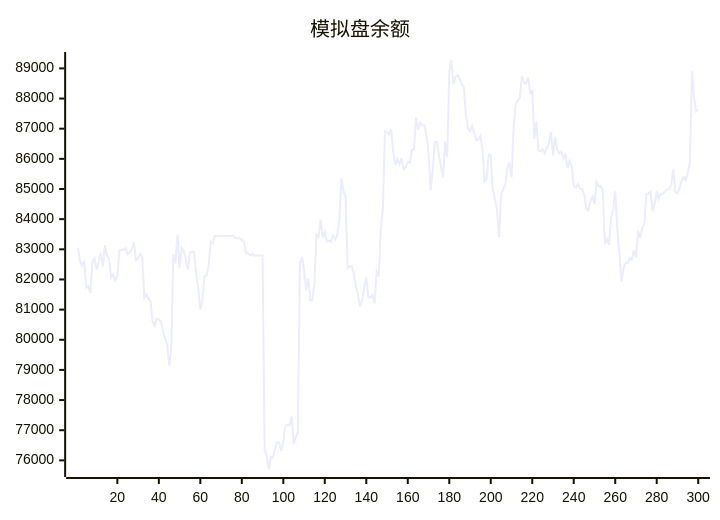
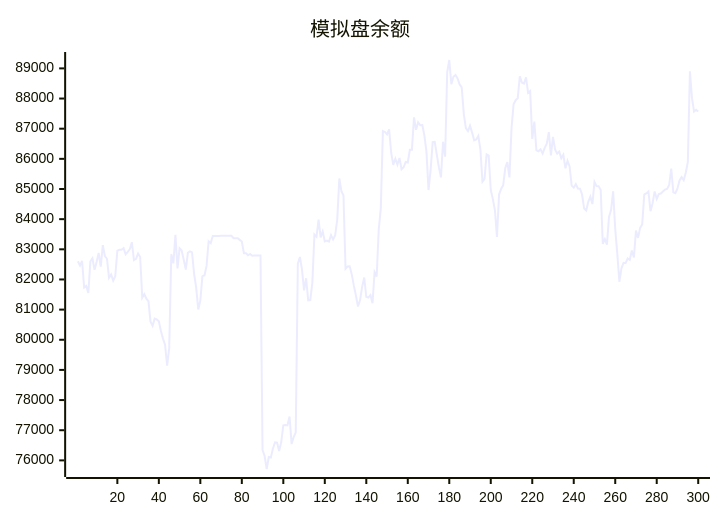
The diagram in README.md (aahl/ai-trading), drawn with Mermaid before and after one commit. The commit also changed other lines of this file and 1 other file, not shown here.

````diff
--- a/README.md
+++ b/README.md
@@ -5,5 +5,5 @@
 ```mermaid
 xychart
     title "模拟盘余额"
-    line [83056,82605,82459,82614,81734,81788,81551,82598,82702,82320,82580,82878,82426,83139,82778,82686,82056,82166,81963,82110,82951,82983,82984,83038,82838,82915,82998,83235,82642,82682,82858,82746,81396,81512,81362,81277,80600,80461,80699,80673,80616,80288,80038,79836,79142,79722,82837,82533,83480,82366,83032,82960,82654,82330,82883,82934,82901,82188,81728,81005,81298,82110,82135,82449,83264,83203,83440,83439,83440,83440,83446,83447,83448,83447,83448,83449,83369,83369,83369,83313,83256,82872,82873,82801,82844,82785,82791,82791,82793,82794,76339,76145,75714,76110,76096,76397,76594,76585,76310,76607,77160,77170,77160,77456,76541,76774,76927,82520,82744,82337,81639,82040,81307,81314,81887,83490,83414,83984,83396,83594,83261,83287,83253,83470,83327,83465,83987,85348,84930,84786,82355,82433,82438,82167,81795,81466,81105,81315,81756,82064,81426,81398,81481,81210,82242,82099,83658,84359,86925,86892,86814,86980,86203,85802,86003,85811,86028,85657,85721,85896,85880,86300,86299,87378,86965,87214,87115,87118,86780,86238,84966,85623,86555,86562,86129,85722,85387,86569,86070,88870,89278,88477,88720,88781,88668,88467,88372,87493,87018,86917,87102,86870,86613,86644,86758,86317,85242,85334,86149,86106,84968,84671,84302,83410,84816,85001,85127,85693,85891,85384,87001,87811,87945,88007,88734,88528,88495,88705,88189,88248,86662,87234,86279,86251,86314,86177,86364,86503,86886,86114,86731,86310,86176,86240,86017,86136,85685,85938,85749,85111,85044,85164,85016,85008,84824,84354,84287,84572,84745,84500,85234,85096,85095,84970,83180,83338,83157,84070,84309,84922,83667,82850,81924,82369,82552,82539,82695,82648,82962,82728,83619,83378,83710,83825,84819,84854,84917,84265,84527,84919,84668,84834,84850,84916,84981,85004,85131,85674,84891,84864,85019,85284,85393,85294,85538,85894,88904,88012,87567,87625]
+    line [82605,82459,82614,81734,81788,81551,82598,82702,82320,82580,82878,82426,83139,82778,82686,82056,82166,81963,82110,82951,82983,82984,83038,82838,82915,82998,83235,82642,82682,82858,82746,81396,81512,81362,81277,80600,80461,80699,80673,80616,80288,80038,79836,79142,79722,82837,82533,83480,82366,83032,82960,82654,82330,82883,82934,82901,82188,81728,81005,81298,82110,82135,82449,83264,83203,83440,83439,83440,83440,83446,83447,83448,83447,83448,83449,83369,83369,83369,83313,83256,82872,82873,82801,82844,82785,82791,82791,82793,82794,76339,76145,75714,76110,76096,76397,76594,76585,76310,76607,77160,77170,77160,77456,76541,76774,76927,82520,82744,82337,81639,82040,81307,81314,81887,83490,83414,83984,83396,83594,83261,83287,83253,83470,83327,83465,83987,85348,84930,84786,82355,82433,82438,82167,81795,81466,81105,81315,81756,82064,81426,81398,81481,81210,82242,82099,83658,84359,86925,86892,86814,86980,86203,85802,86003,85811,86028,85657,85721,85896,85880,86300,86299,87378,86965,87214,87115,87118,86780,86238,84966,85623,86555,86562,86129,85722,85387,86569,86070,88870,89278,88477,88720,88781,88668,88467,88372,87493,87018,86917,87102,86870,86613,86644,86758,86317,85242,85334,86149,86106,84968,84671,84302,83410,84816,85001,85127,85693,85891,85384,87001,87811,87945,88007,88734,88528,88495,88705,88189,88248,86662,87234,86279,86251,86314,86177,86364,86503,86886,86114,86731,86310,86176,86240,86017,86136,85685,85938,85749,85111,85044,85164,85016,85008,84824,84354,84287,84572,84745,84500,85234,85096,85095,84970,83180,83338,83157,84070,84309,84922,83667,82850,81924,82369,82552,82539,82695,82648,82962,82728,83619,83378,83710,83825,84819,84854,84917,84265,84527,84919,84668,84834,84850,84916,84981,85004,85131,85674,84891,84864,85019,85284,85393,85294,85538,85894,88904,88012,87567,87625,87568]
 ```
````
